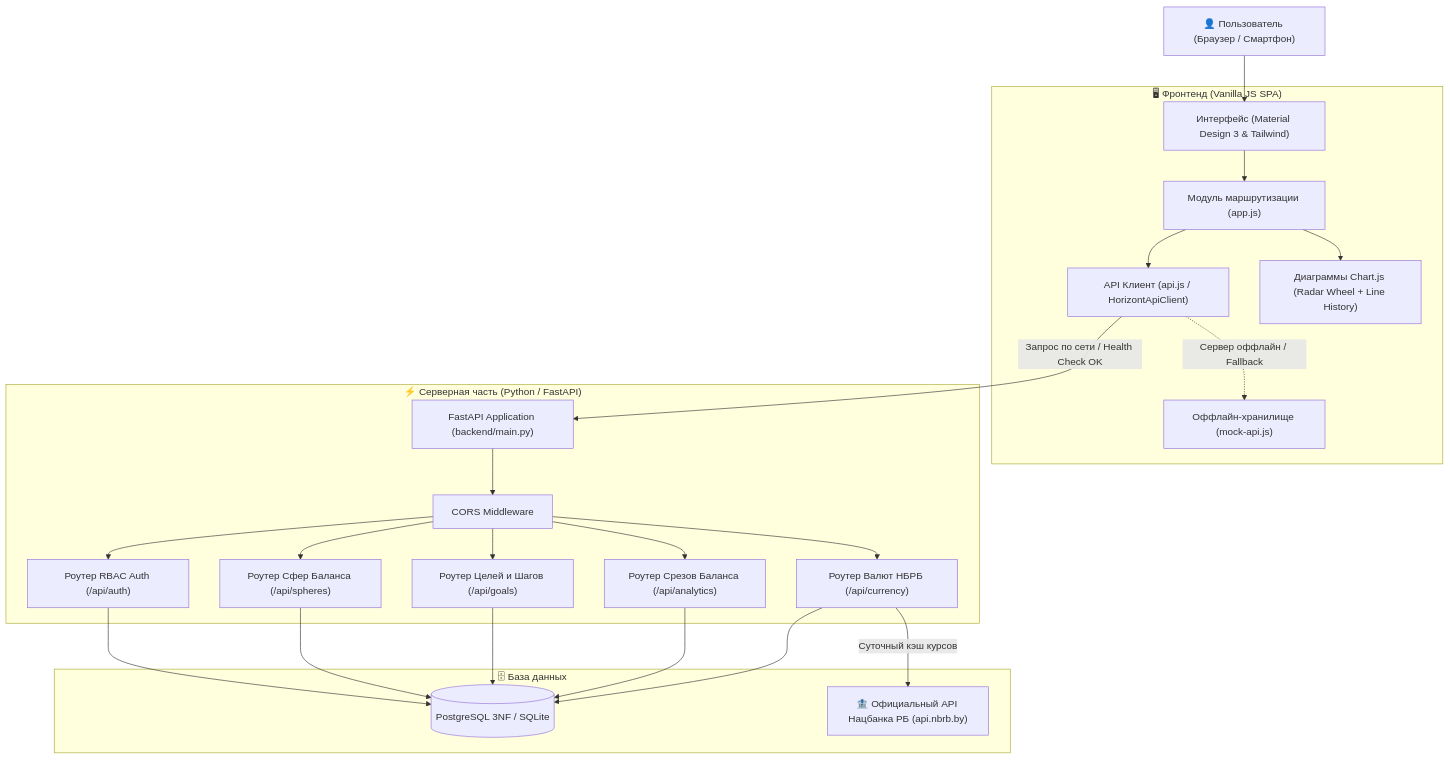
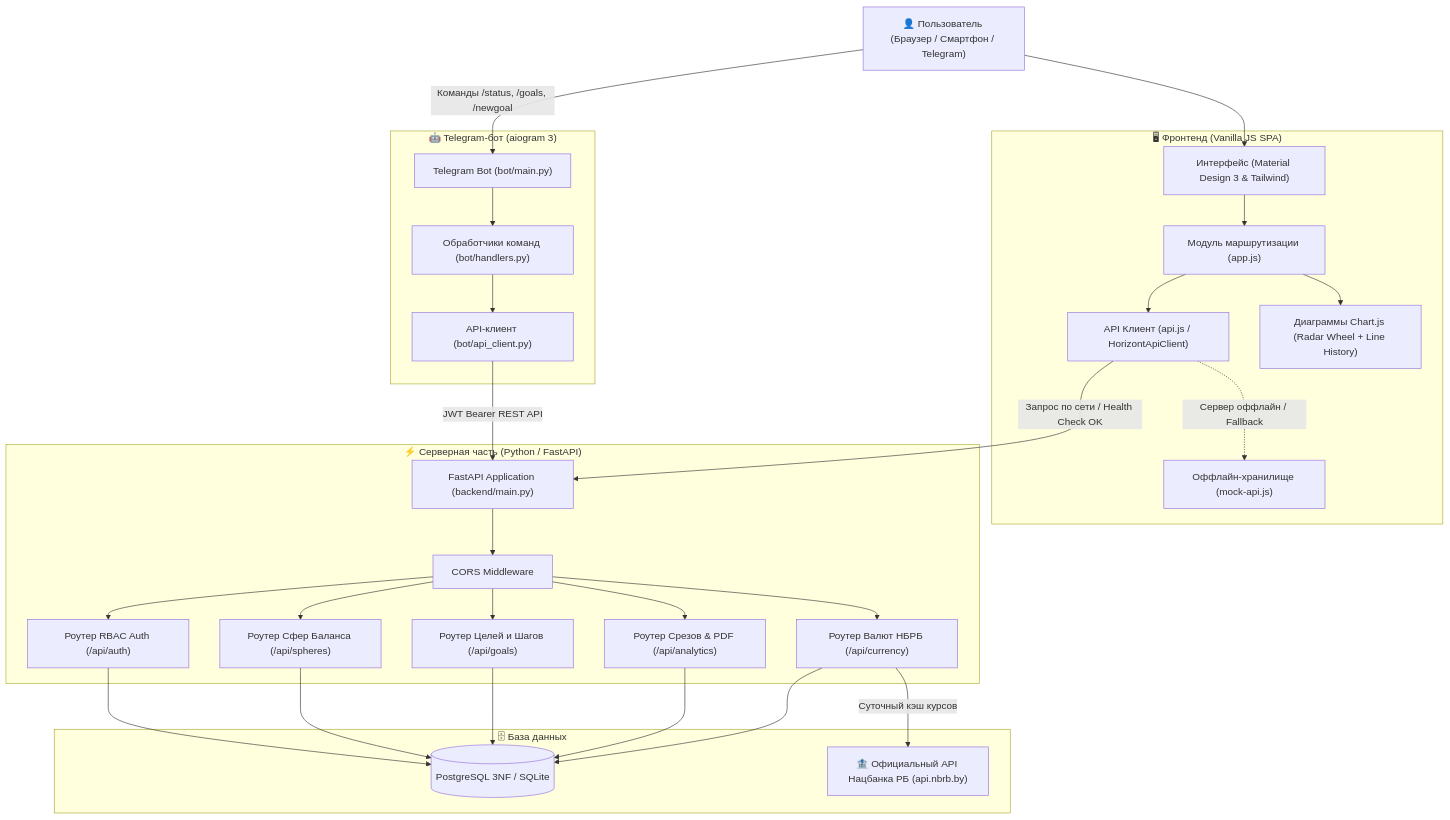
The diagram in README.md (chembrovich-sa-case/dream-map-planner), drawn with Mermaid before and after one commit. The commit also changed other lines of this file and 7 other files, not shown here.

Commit message:
Add Telegram bot module on aiogram 3 with status, goals, and backend integration

````diff
--- a/README.md
+++ b/README.md
@@ -21,48 +21,59 @@
 ```mermaid
 flowchart TD
-    User["👤 Пользователь (Браузер / Смартфон)"]
+    User["👤 Пользователь (Браузер / Смартфон / Telegram)"]
+
+    subgraph TelegramClient ["🤖 Telegram-бот (aiogram 3)"]
+        BotApp["Telegram Bot (bot/main.py)"]
+        BotHandlers["Обработчики команд (bot/handlers.py)"]
+        BotApi["API-клиент (bot/api_client.py)"]
+    end
 
     subgraph Frontend ["🖥 Фронтенд (Vanilla JS SPA)"]
         UI["Интерфейс (Material Design 3 & Tailwind)"]
         Router["Модуль маршрутизации (app.js)"]
         ApiClient["API Клиент (api.js / HorizontApiClient)"]
         MockClient["Оффлайн-хранилище (mock-api.js)"]
         Charts["Диаграммы Chart.js (Radar Wheel + Line History)"]
     end
 
     subgraph Backend ["⚡ Серверная часть (Python / FastAPI)"]
         FastAPIApp["FastAPI Application (backend/main.py)"]
         CORS["CORS Middleware"]
         AuthRouter["Роутер RBAC Auth (/api/auth)"]
         SpheresRouter["Роутер Сфер Баланса (/api/spheres)"]
         GoalsRouter["Роутер Целей и Шагов (/api/goals)"]
         CurrencyRouter["Роутер Валют НБРБ (/api/currency)"]
-        AnalyticsRouter["Роутер Срезов Баланса (/api/analytics)"]
+        AnalyticsRouter["Роутер Срезов & PDF (/api/analytics)"]
     end
 
     subgraph DB ["🗄 База данных"]
         PostgresDB[("PostgreSQL 3NF / SQLite")]
         NBRB_API["🏦 Официальный API Нацбанка РБ (api.nbrb.by)"]
     end
 
     User --> UI
+    User -->|Команды /status, /goals, /newgoal| BotApp
+    BotApp --> BotHandlers
+    BotHandlers --> BotApi
+    BotApi -->|JWT Bearer REST API| FastAPIApp
+
     UI --> Router
     Router --> Charts
     Router --> ApiClient
     ApiClient -->|Запрос по сети / Health Check OK| FastAPIApp
     ApiClient -.->|Сервер оффлайн / Fallback| MockClient
 
     FastAPIApp --> CORS
     CORS --> AuthRouter
     CORS --> SpheresRouter
     CORS --> GoalsRouter
     CORS --> CurrencyRouter
     CORS --> AnalyticsRouter
 
     AuthRouter --> PostgresDB
     SpheresRouter --> PostgresDB
     GoalsRouter --> PostgresDB
     AnalyticsRouter --> PostgresDB
     CurrencyRouter --> PostgresDB
     CurrencyRouter -->|Суточный кэш курсов| NBRB_API
 ```
````
